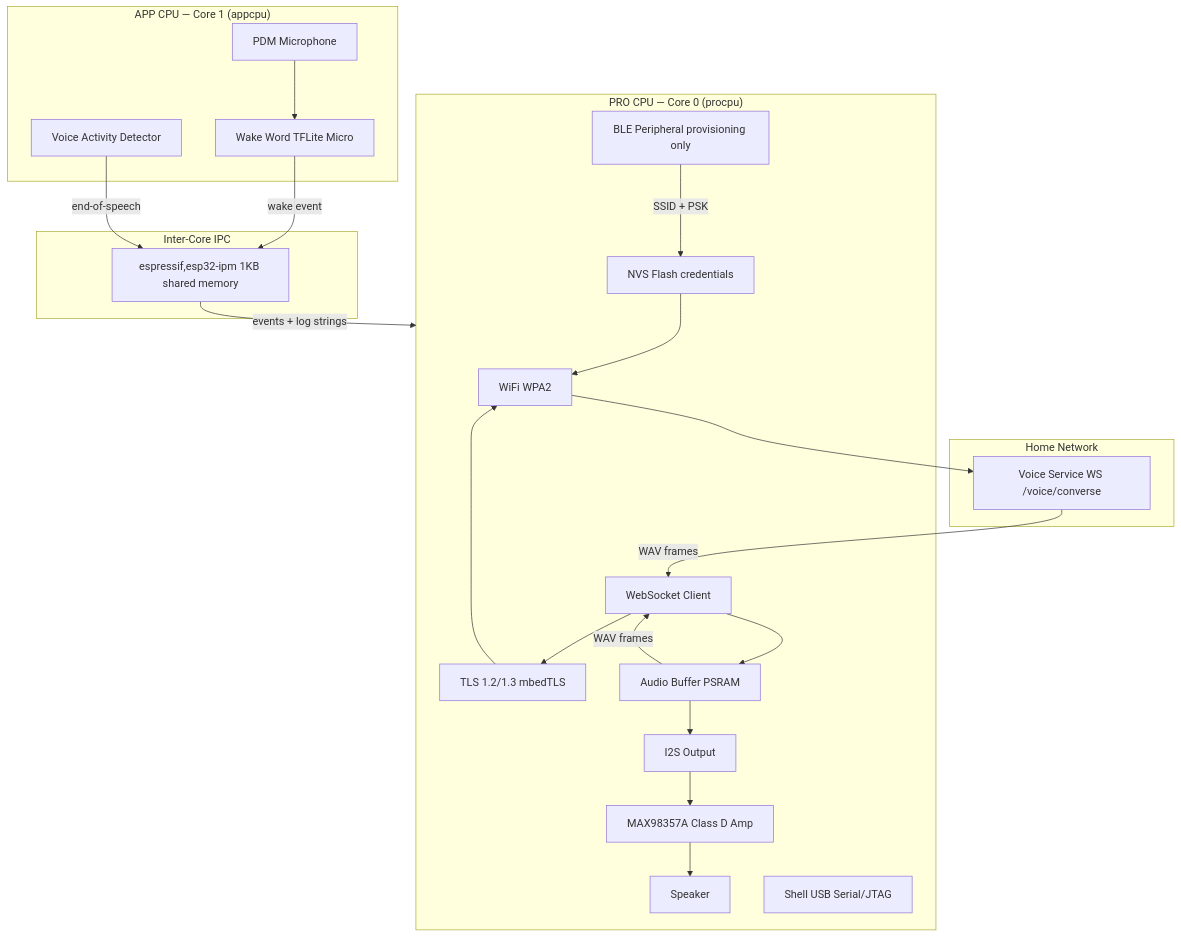
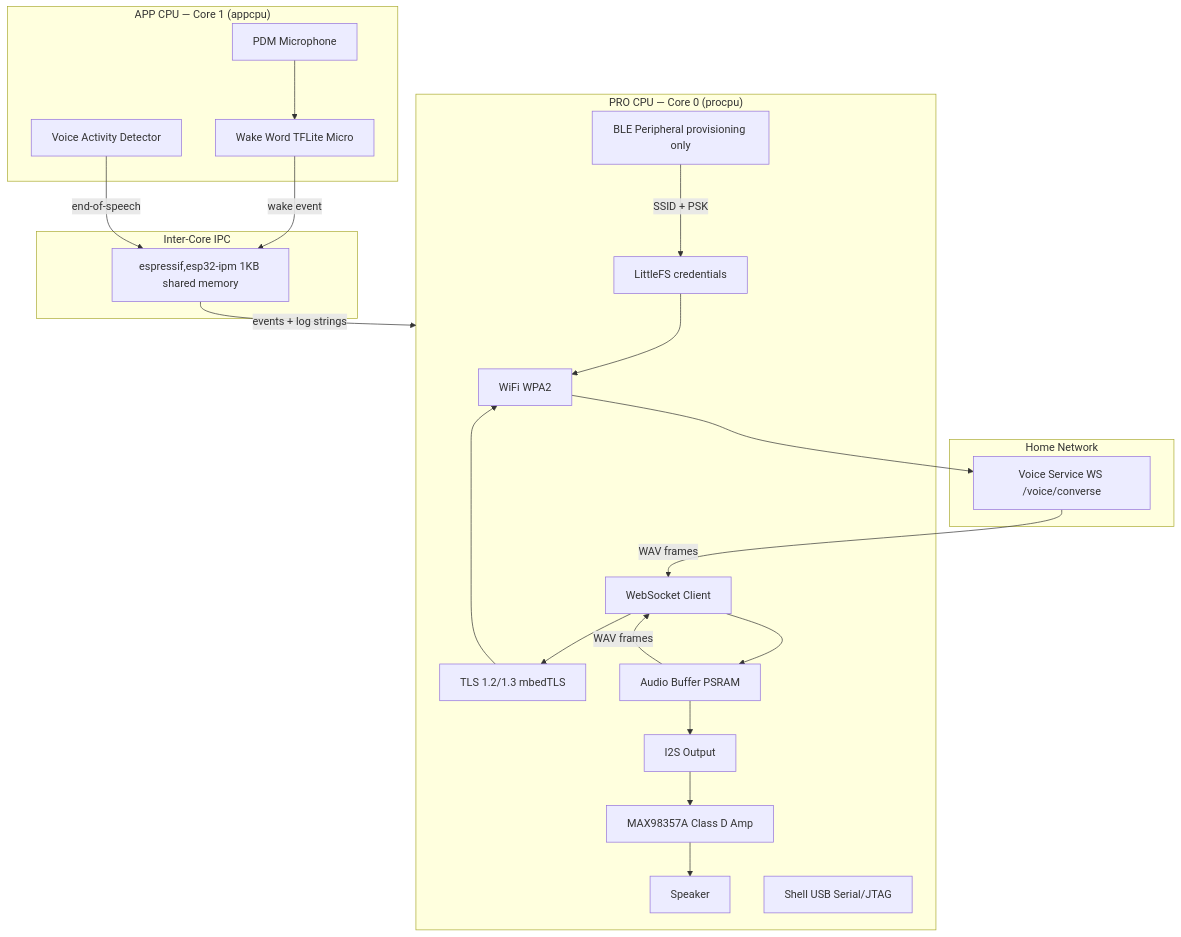
The diagram in embedded/voice_node/README.md (migcruz/ai_home_assistant), drawn with Mermaid before and after one commit. The commit also changed other lines of this file and 3 other files, not shown here.

````diff
--- a/embedded/voice_node/README.md
+++ b/embedded/voice_node/README.md
@@ -11,42 +11,42 @@
 ```mermaid
 graph TB
     subgraph C0["PRO CPU — Core 0 (procpu)"]
         WIFI["WiFi WPA2"]
         TLS["TLS 1.2/1.3 mbedTLS"]
         WS["WebSocket Client"]
         ABUF["Audio Buffer PSRAM"]
         I2S["I2S Output"]
         AMP["MAX98357A Class D Amp"]
         SPK["Speaker"]
         BLE["BLE Peripheral provisioning only"]
-        NVS["NVS Flash credentials"]
+        LFS["LittleFS credentials"]
         SHELL["Shell USB Serial/JTAG"]
     end
 
     subgraph C1["APP CPU — Core 1 (appcpu)"]
         MIC["PDM Microphone"]
         WW["Wake Word TFLite Micro"]
         VAD["Voice Activity Detector"]
     end
 
     subgraph IPM["Inter-Core IPC"]
         ipm["espressif,esp32-ipm 1KB shared memory"]
     end
 
     subgraph Server["Home Network"]
         VSVC["Voice Service WS /voice/converse"]
     end
 
     MIC --> WW
     WW -->|"wake event"| ipm
     VAD -->|"end-of-speech"| ipm
     ipm -->|"events + log strings"| C0
 
     ABUF -->|"WAV frames"| WS
     WS --> TLS --> WIFI --> VSVC
     VSVC -->|"WAV frames"| WS
     WS --> ABUF --> I2S --> AMP --> SPK
 
-    BLE -->|"SSID + PSK"| NVS
-    NVS --> WIFI
+    BLE -->|"SSID + PSK"| LFS
+    LFS --> WIFI
 ```
````
